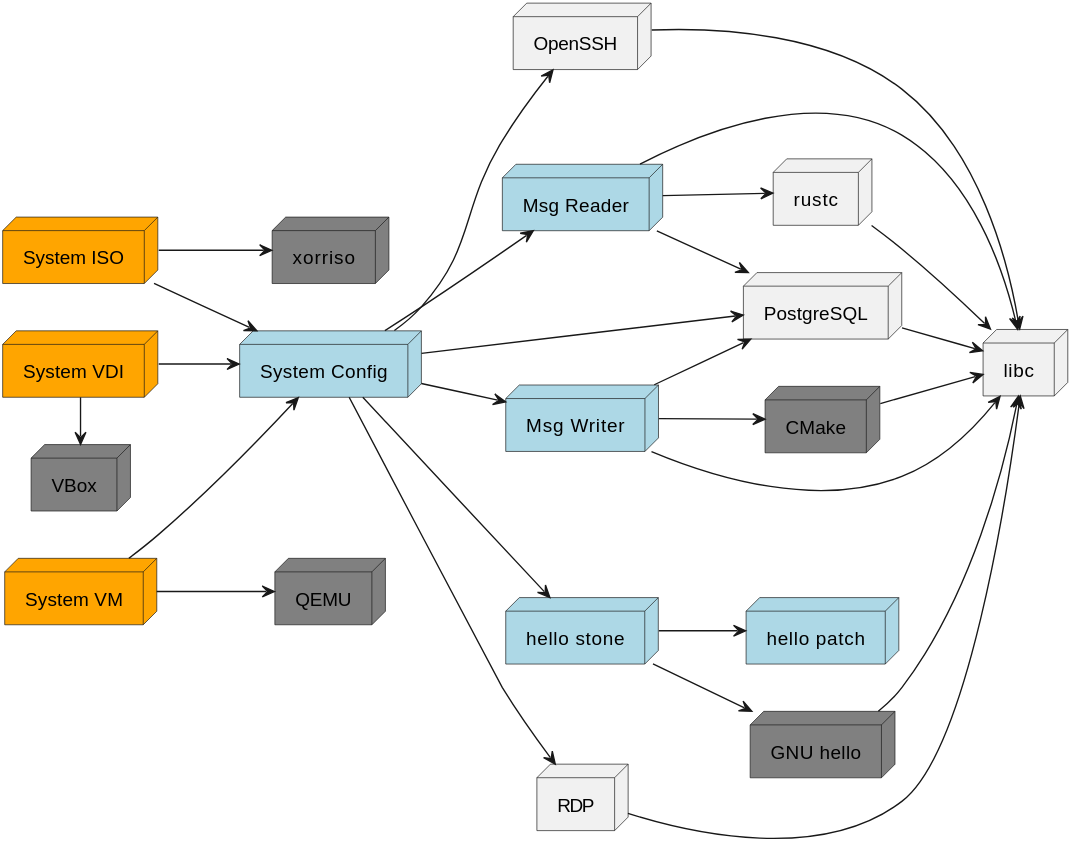
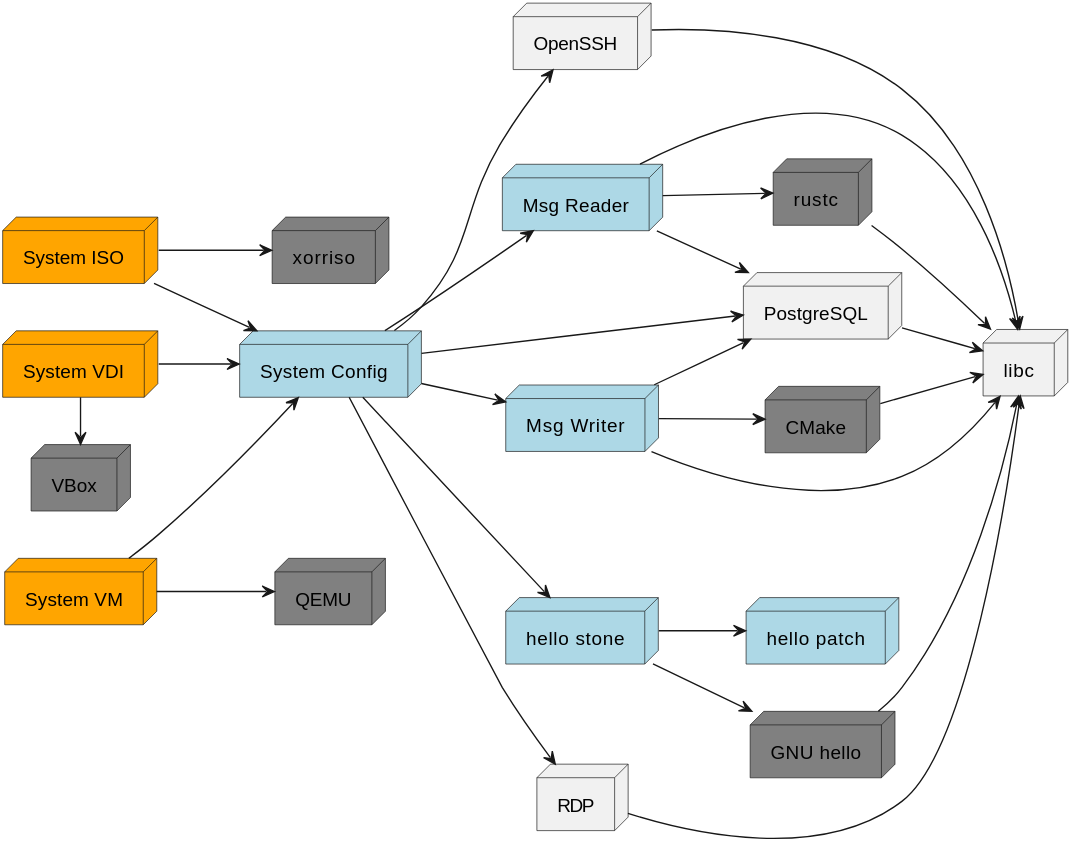
One commit to tfc/philosophers-stone-nixos changed the second of 4 diagrams in doc/slides/slides.md. Above: the diagram before and after it, drawn with PlantUML.

Commit message:
fix color in slide

````diff
--- a/doc/slides/slides.md
+++ b/doc/slides/slides.md
@@ -153,66 +153,66 @@
 ```{ .plantuml
      height=90%
    }
 @startuml
 skinparam dpi 500
 left to right direction
 
 node "System ISO" as iso #Orange
 node "System VM" as vm #Orange
 node "System VDI" as vdi #Orange
 
 node "System Config" as config #LightBlue
 node "Msg Reader" as reader #LightBlue
 node "Msg Writer" as writer #LightBlue
 node "hello stone" as hellostone #LightBlue
 node "hello patch" as hellopatch #LightBlue
 
 node "QEMU" as qemu #Grey
 node "xorriso" as xorriso #Grey
 node "VBox" as vbox #Grey
 
 node "RDP" as rdp
 node "OpenSSH" as ssh
 node "PostgreSQL" as psql
 node "libc" as libc
 node "GNU hello" as gnuhello #Gray
 
 node "CMake" as cmake #Grey
-node "rustc" as rustc
+node "rustc" as rustc #Grey
 
 iso --> config
 vm --> config
 vdi --> config
 
 vm --> qemu
 iso --> xorriso
 vdi -> vbox
 
 hellostone --> gnuhello
 hellostone --> hellopatch
 gnuhello --> libc
 
 config --> hellostone
 config --> rdp
 config --> ssh
 config --> reader
 config --> writer
 config --> psql
 
 reader --> psql
 writer --> psql
 
 rdp --> libc
 ssh --> libc
 reader --> libc
 writer --> libc
 psql --> libc
 rustc --> libc
 
 
 writer --> cmake
 reader --> rustc
 cmake --> libc
 
 @enduml
 ```
````
